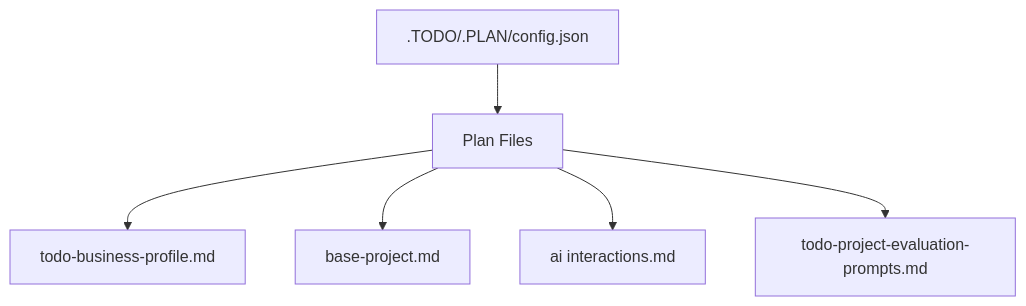
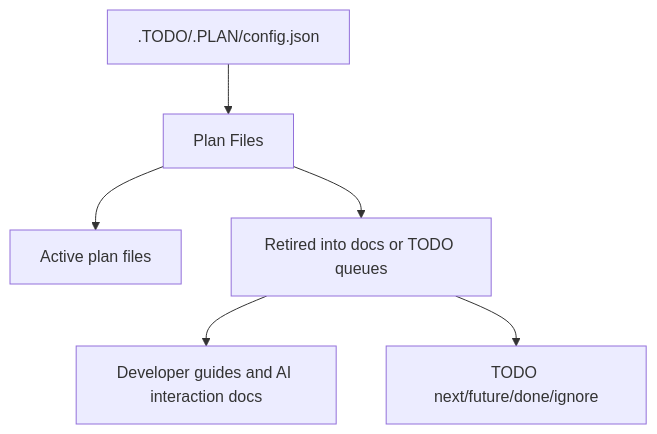
Before and after one commit to Nexthood/useclevr-production-2026: the diagram in docs/Developer_Guides/PLAN_MANAGEMENT.md, drawn with Mermaid. The commit also changed other lines of this file and 34 other files, not shown here.

````diff
--- a/docs/Developer_Guides/PLAN_MANAGEMENT.md
+++ b/docs/Developer_Guides/PLAN_MANAGEMENT.md
@@ -17,8 +17,8 @@
 ```mermaid
 flowchart TD
     Config[.TODO/.PLAN/config.json] --> Plans[Plan Files]
-    Plans --> Business[todo-business-profile.md]
-    Plans --> Base[base-project.md]
-    Plans --> AI[ai interactions.md]
-    Plans --> Eval[todo-project-evaluation-prompts.md]
+    Plans --> Active[Active plan files]
+    Plans --> Retired[Retired into docs or TODO queues]
+    Retired --> Docs[Developer guides and AI interaction docs]
+    Retired --> Todos[TODO next/future/done/ignore]
 ```
````
